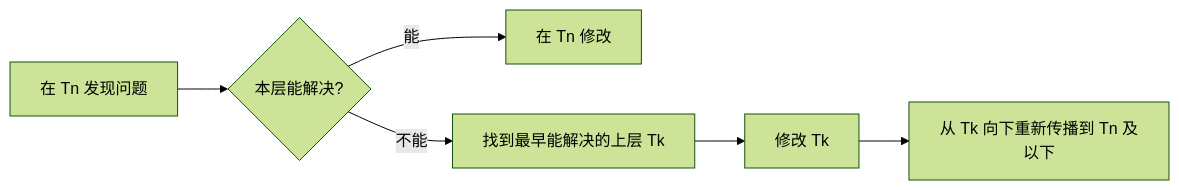
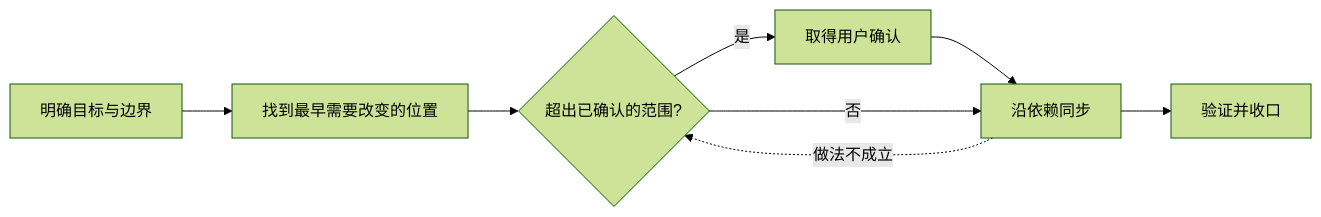
The second of 2 diagrams in src/Docs/Orisumi.Docs/content/docs/adr/documentation-authority.mdx (shenxianovo/Heartbeat), drawn with Mermaid (forest theme) before and after one commit. The commit also changed other lines of this file and 8 other files, not shown here.

````diff
--- a/src/Docs/Orisumi.Docs/content/docs/adr/documentation-authority.mdx
+++ b/src/Docs/Orisumi.Docs/content/docs/adr/documentation-authority.mdx
@@ -106,8 +157,8 @@
 ```mermaid
 flowchart LR
-  P[在 Tn 发现问题] --> Q{本层能解决?}
-  Q -- 能 --> FIX[在 Tn 修改]
-  Q -- 不能 --> UP[找到最早能解决的上层 Tk]
-  UP --> FIXK[修改 Tk]
-  FIXK --> FWD[从 Tk 向下重新传播到 Tn 及以下]
+  G[明确目标与边界] --> S[找到最早需要改变的位置] --> D{超出已确认的范围?}
+  D -- 是 --> A[取得用户确认] --> P[沿依赖同步]
+  D -- 否 --> P
+  P --> V[验证并收口]
+  P -. 做法不成立 .-> D
 ```
````
